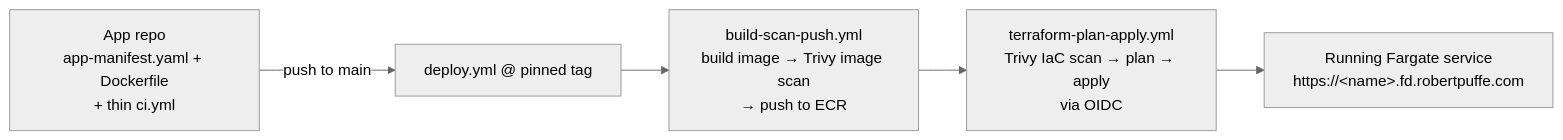
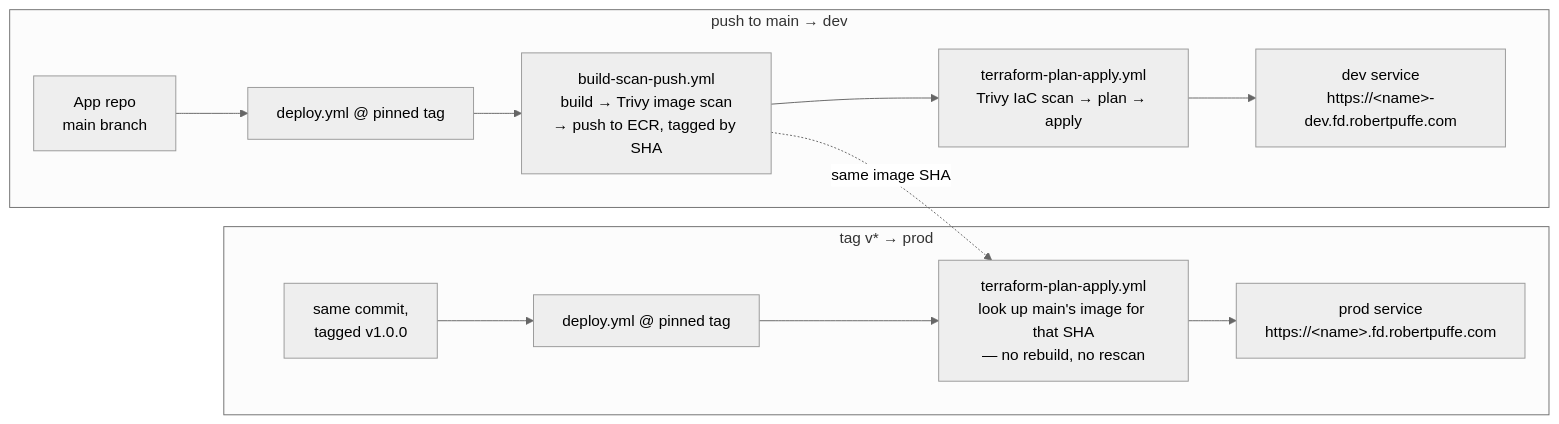
One commit to rpuffe/flightdeck changed the first of 3 diagrams in README.md. Above: the diagram before and after it, drawn with Mermaid (neutral theme). The commit also changed other lines of this file, not shown here.

````diff
--- a/README.md
+++ b/README.md
@@ -20,7 +32,17 @@
 ```mermaid
 flowchart LR
-    A["App repo<br/>app-manifest.yaml + Dockerfile<br/>+ thin ci.yml"] -->|push to main| B["deploy.yml @ pinned tag"]
-    B --> C["build-scan-push.yml<br/>build image → Trivy image scan<br/>→ push to ECR"]
-    C --> D["terraform-plan-apply.yml<br/>Trivy IaC scan → plan → apply<br/>via OIDC"]
-    D --> E["Running Fargate service<br/>https://&lt;name&gt;.fd.robertpuffe.com"]
+    subgraph M["push to main → dev"]
+        A["App repo<br/>main branch"] --> B["deploy.yml @ pinned tag"]
+        B --> C["build-scan-push.yml<br/>build → Trivy image scan<br/>→ push to ECR, tagged by SHA"]
+        C --> D["terraform-plan-apply.yml<br/>Trivy IaC scan → plan → apply"]
+        D --> E["dev service<br/>https://&lt;name&gt;-dev.fd.robertpuffe.com"]
+    end
+
+    subgraph T["tag v* → prod"]
+        F["same commit,<br/>tagged v1.0.0"] --> G["deploy.yml @ pinned tag"]
+        G --> H["terraform-plan-apply.yml<br/>look up main's image for that SHA<br/>— no rebuild, no rescan"]
+        H --> I["prod service<br/>https://&lt;name&gt;.fd.robertpuffe.com"]
+    end
+
+    C -. same image SHA .-> H
 ```
````
